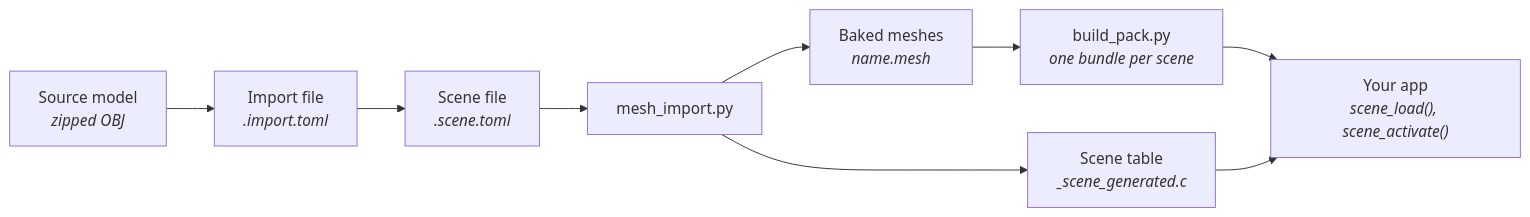
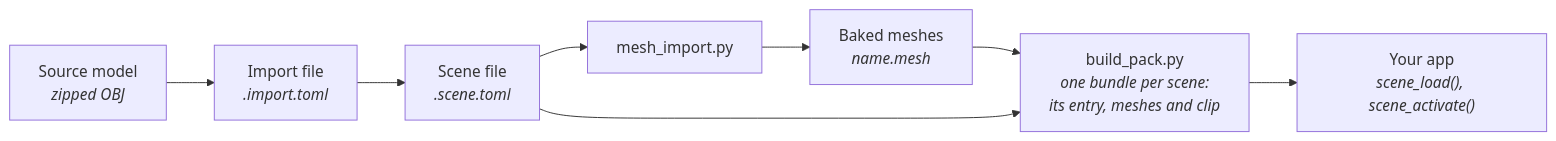
One commit to jose-villegas/autana changed the diagram in docs/render/Building-a-Scene.md. Above: the diagram before and after it, drawn with Mermaid. The commit also changed other lines of this file and 37 other files, not shown here.

First line of the commit message:
scene: scenes load from their own bundle (SCNE); camera path by clip id

````diff
--- a/docs/render/Building-a-Scene.md
+++ b/docs/render/Building-a-Scene.md
@@ -8,11 +8,10 @@
 ```mermaid
 flowchart LR
     Model["Source model<br/><i>zipped OBJ</i>"] --> Import["Import file<br/><i>.import.toml</i>"]
     Import --> Scene["Scene file<br/><i>.scene.toml</i>"]
     Scene --> Bake["mesh_import.py"]
     Bake --> Meshes["Baked meshes<br/><i>name.mesh</i>"]
-    Meshes --> Pack["build_pack.py<br/><i>one bundle per scene</i>"]
-    Bake --> Table["Scene table<br/><i>_scene_generated.c</i>"]
+    Meshes --> Pack["build_pack.py<br/><i>one bundle per scene:<br/>its entry, meshes and clip</i>"]
+    Scene --> Pack
     Pack --> Draw["Your app<br/><i>scene_load(), scene_activate()</i>"]
-    Table --> Draw
 ```
````
